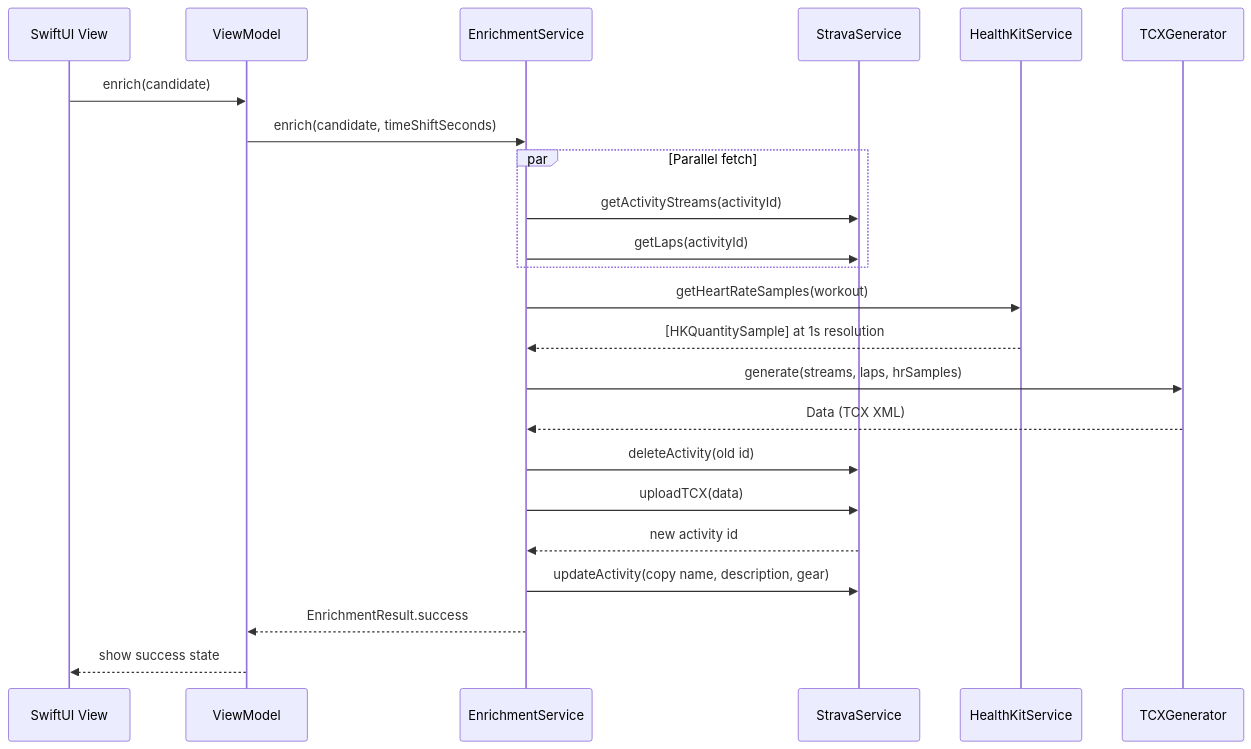
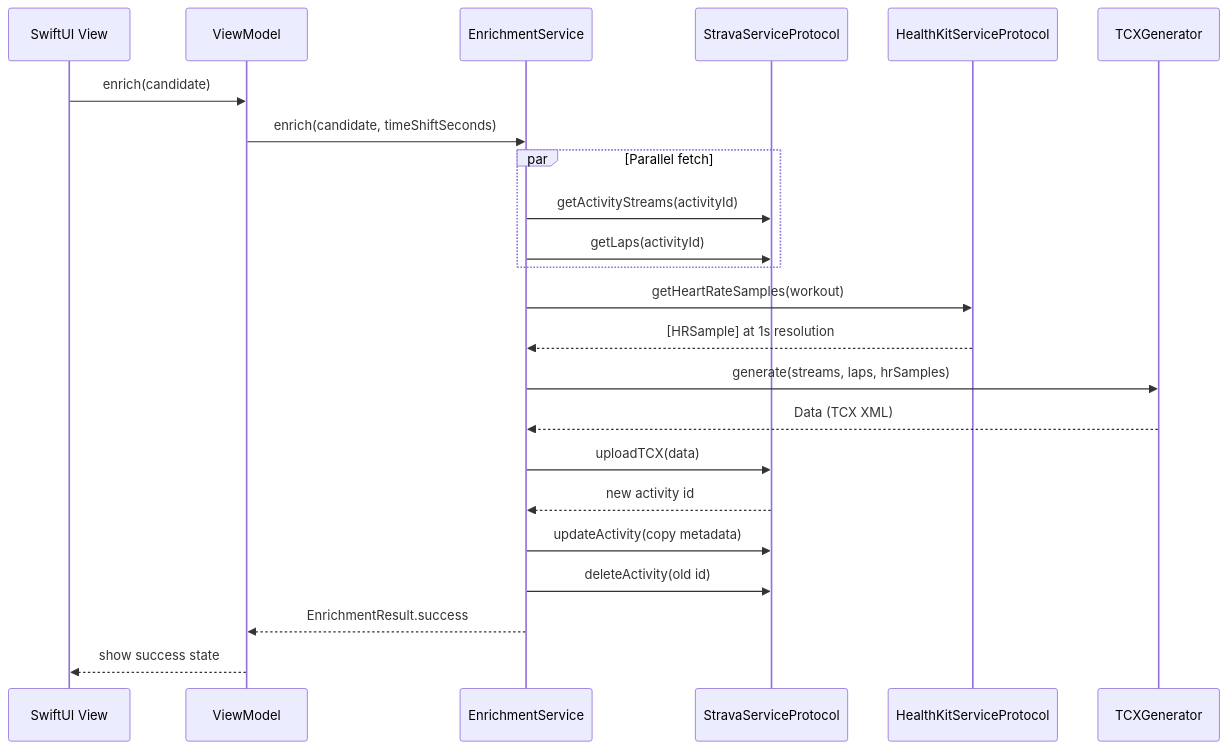
Before and after one commit to wmarkus/strava-merge: the second of 2 diagrams in ARCHITECTURE.md, drawn with Mermaid. The commit also changed other lines of this file, not shown here.

First line of the commit message:
docs: update ARCHITECTURE.md for refactored codebase

````diff
--- a/ARCHITECTURE.md
+++ b/ARCHITECTURE.md
@@ -69,26 +104,26 @@
 ```mermaid
 sequenceDiagram
     participant UI as SwiftUI View
     participant VM as ViewModel
     participant ES as EnrichmentService
-    participant SS as StravaService
-    participant HK as HealthKitService
+    participant SS as StravaServiceProtocol
+    participant HK as HealthKitServiceProtocol
     participant TCX as TCXGenerator
 
     UI->>VM: enrich(candidate)
     VM->>ES: enrich(candidate, timeShiftSeconds)
     par Parallel fetch
         ES->>SS: getActivityStreams(activityId)
         ES->>SS: getLaps(activityId)
     end
     ES->>HK: getHeartRateSamples(workout)
-    HK-->>ES: [HKQuantitySample] at 1s resolution
+    HK-->>ES: [HRSample] at 1s resolution
     ES->>TCX: generate(streams, laps, hrSamples)
     TCX-->>ES: Data (TCX XML)
-    ES->>SS: deleteActivity(old id)
     ES->>SS: uploadTCX(data)
     SS-->>ES: new activity id
-    ES->>SS: updateActivity(copy name, description, gear)
+    ES->>SS: updateActivity(copy metadata)
+    ES->>SS: deleteActivity(old id)
     ES-->>VM: EnrichmentResult.success
     VM-->>UI: show success state
 ```
````
